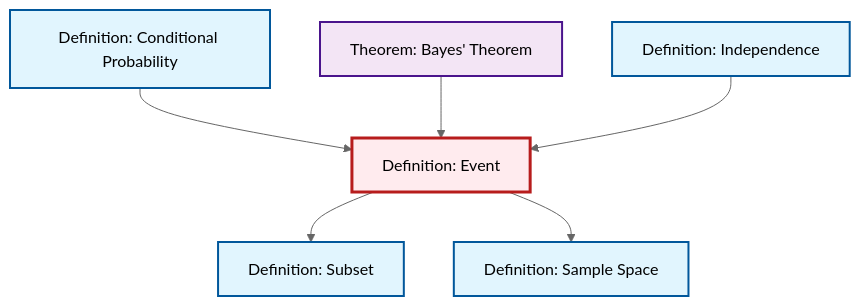
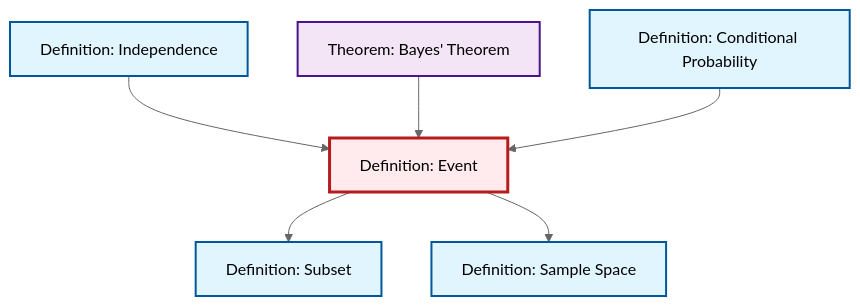
The diagram in content/ja/probability-statistics/def-event.qmd (RK0429/ModernMath), drawn with Mermaid (neutral theme) before and after one commit. The commit also changed other lines of this file and 554 other files, not shown here.

````diff
--- a/content/ja/probability-statistics/def-event.qmd
+++ b/content/ja/probability-statistics/def-event.qmd
@@ -70,26 +70,26 @@
 ```{mermaid}
 %%| fig-cap: "Local dependency graph"
 graph TD
     classDef definition fill:#e1f5fe,stroke:#01579b,stroke-width:2px
     classDef theorem fill:#f3e5f5,stroke:#4a148c,stroke-width:2px
     classDef axiom fill:#fff3e0,stroke:#e65100,stroke-width:2px
     classDef example fill:#e8f5e9,stroke:#1b5e20,stroke-width:2px
     classDef current fill:#ffebee,stroke:#b71c1c,stroke-width:3px
+    def-event["Definition: Event"]:::definition
     thm-bayes["Theorem: Bayes' Theorem"]:::theorem
     def-sample-space["Definition: Sample Space"]:::definition
-    def-event["Definition: Event"]:::definition
-    def-conditional-probability["Definition: Conditional Probability"]:::definition
     def-independence["Definition: Independence"]:::definition
     def-subset["Definition: Subset"]:::definition
+    def-conditional-probability["Definition: Conditional Probability"]:::definition
     def-event --> def-subset
+    def-independence --> def-event
+    thm-bayes --> def-event
+    def-conditional-probability --> def-event
     def-event --> def-sample-space
-    def-conditional-probability --> def-event
-    thm-bayes --> def-event
-    def-independence --> def-event
     class def-event current
     click thm-bayes "thm-bayes.html" "Theorem: Bayes' Theoremへ"
     click def-sample-space "def-sample-space.html" "Definition: Sample Spaceへ"
-    click def-conditional-probability "def-conditional-probability.html" "Definition: Conditional Probabilityへ"
     click def-independence "def-independence.html" "Definition: Independenceへ"
     click def-subset "def-subset.html" "Definition: Subsetへ"
+    click def-conditional-probability "def-conditional-probability.html" "Definition: Conditional Probabilityへ"
 ```
````
